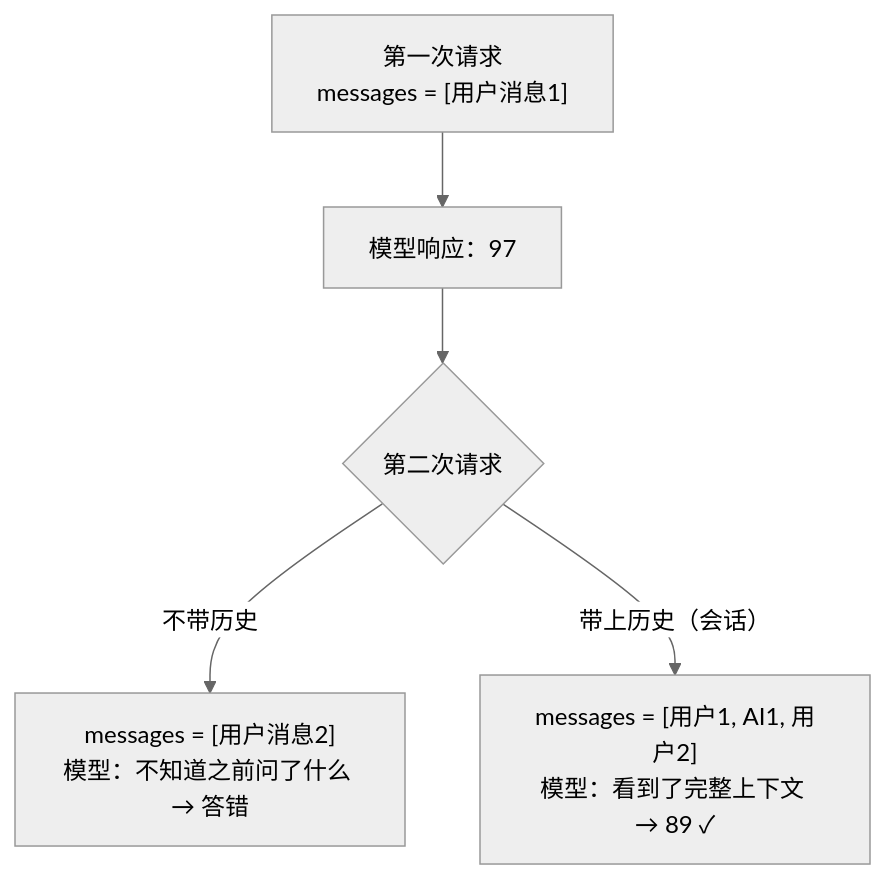
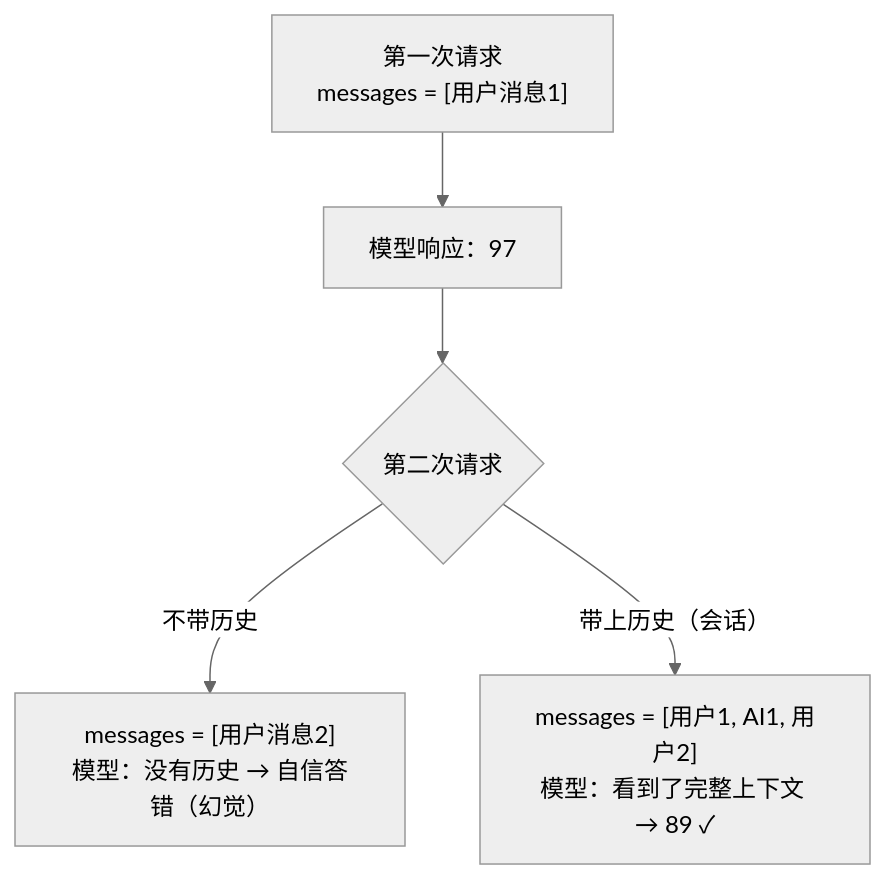
The diagram in docs/大模型与神经网络原理笔记/coding-agent/ch02_conversation.md (xjq11029/my-notes-and-utils), drawn with Mermaid (neutral theme) before and after one commit. The commit also changed other lines of this file and 36 other files, not shown here.

````diff
--- a/docs/大模型与神经网络原理笔记/coding-agent/ch02_conversation.md
+++ b/docs/大模型与神经网络原理笔记/coding-agent/ch02_conversation.md
@@ -63,7 +65,7 @@
 ```mermaid
 graph TD
     A["第一次请求<br/>messages = [用户消息1]"] --> B["模型响应：97"]
     B --> C{"第二次请求"}
-    C -->|"不带历史"| D["messages = [用户消息2]<br/>模型：不知道之前问了什么 → 答错"]
+    C -->|"不带历史"| D["messages = [用户消息2]<br/>模型：没有历史 → 自信答错（幻觉）"]
     C -->|"带上历史（会话）"| E["messages = [用户1, AI1, 用户2]<br/>模型：看到了完整上下文 → 89 ✓"]
 ```
````
